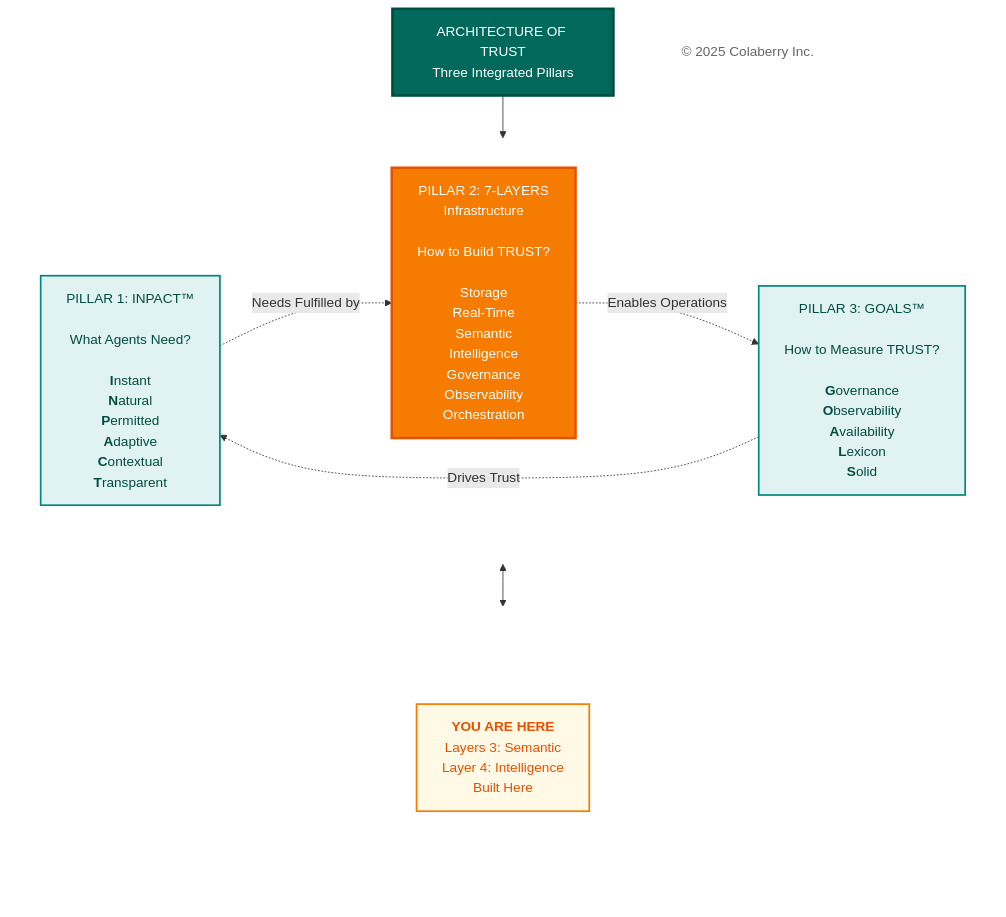
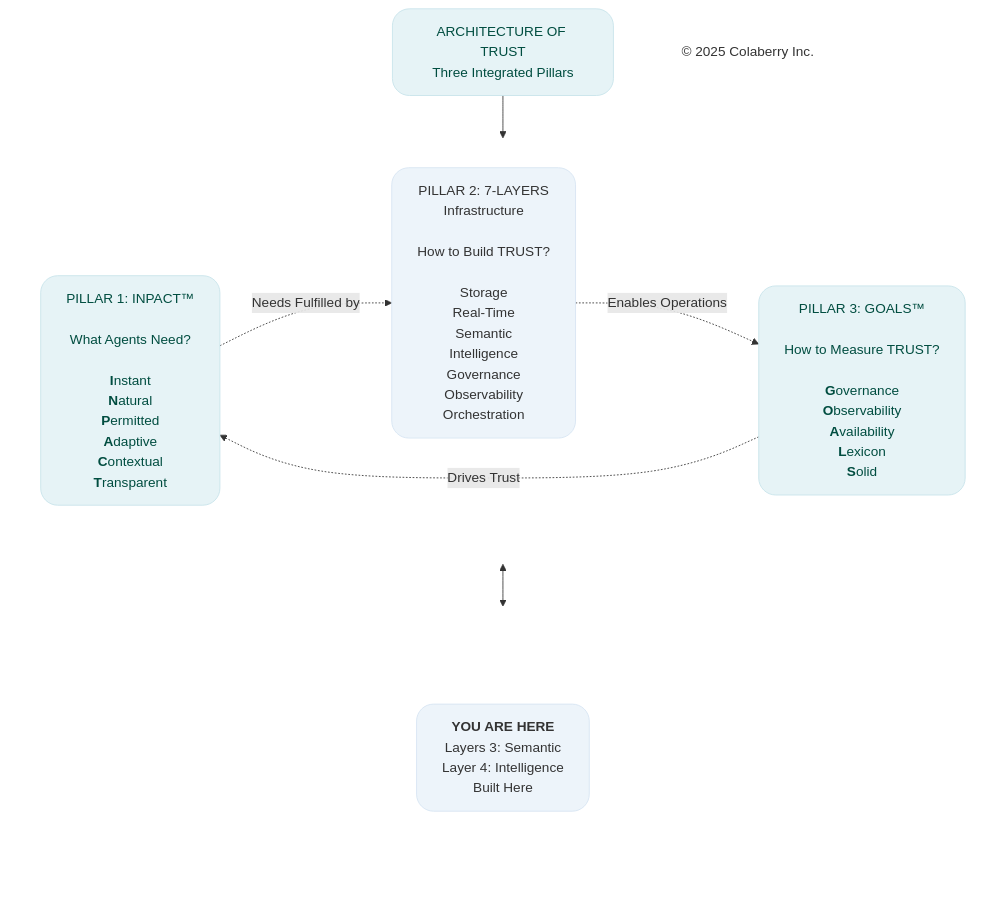
The second of 13 diagrams in manuscript/06_chapter_5_intelligence_layers.md (saitejesh-cyber/trust-before-intelligence-book), drawn with Mermaid before and after one commit. The commit also changed other lines of this file and 7 other files, not shown here.

Commit message:
Chapter 6to13: Updated mermaid diagrams based on new colaberry color code

````diff
--- a/manuscript/06_chapter_5_intelligence_layers.md
+++ b/manuscript/06_chapter_5_intelligence_layers.md
@@ -74,46 +74,46 @@
 ```mermaid
 
 
 graph TB
     Title["ARCHITECTURE OF TRUST<br/>Three Integrated Pillars"]
     
     subgraph PILLARS[" "]
         direction LR
         INPACT["`PILLAR 1: INPACT™<br/><br/>What Agents Need?<br/><br/>**I**nstant<br/>**N**atural<br/>**P**ermitted<br/>**A**daptive<br/>**C**ontextual<br/>**T**ransparent`"]
         
         Layers["PILLAR 2: 7-LAYERS<br/>Infrastructure<br/><br/>How to Build TRUST?<br/><br/>Storage<br/>Real-Time<br/>Semantic<br/>Intelligence<br/>Governance<br/>Observability<br/>Orchestration"]
         
         GOALS["`PILLAR 3: GOALS™<br/><br/>How to Measure TRUST?<br/><br/>**G**overnance<br/>**O**bservability<br/>**A**vailability<br/>**L**exicon<br/>**S**olid`"]
     end
     
     subgraph INDICATOR[" "]
         direction LR
         Spacer1[" "]
         YouAreHere["<b>YOU ARE HERE</b><br/>Layers 3: Semantic <br/> Layer 4: Intelligence<br/> Built Here"]
         Spacer2[" "]
     end
     
     Copyright["© 2025 Colaberry Inc."]
     
     Title --> PILLARS
     PILLARS <--> INDICATOR
     
     INPACT -.->|"Needs Fulfilled by"| Layers
     Layers -.->|"Enables Operations"| GOALS
     GOALS -.->|"Drives Trust"| INPACT
 
-    style Title fill:#00695c,color:#ffffff,stroke:#004d40,stroke-width:3px
+    style Title fill:#e6f3f6,stroke:#c7e3ea,stroke-width:1px,color:#004d40,rx:20,ry:20
     style PILLARS fill:none,stroke:none
     style INDICATOR fill:none,stroke:none
-    style INPACT fill:#e0f2f1,stroke:#00897b,stroke-width:2px,color:#004d40
-    style Layers fill:#f57c00,stroke:#e65100,stroke-width:3px,color:#ffffff
-    style GOALS fill:#e0f2f1,stroke:#00897b,stroke-width:2px,color:#004d40
+    style INPACT fill:#e6f3f6,stroke:#c7e3ea,stroke-width:1px,color:#004d40,rx:20,ry:20
+    style Layers fill:#edf4fa,stroke:#d6e4f2,stroke-width:1px,color:#333333,rx:20,ry:20
+    style GOALS fill:#e6f3f6,stroke:#c7e3ea,stroke-width:1px,color:#004d40,rx:20,ry:20
     style Spacer1 fill:none,stroke:none,color:transparent
-    style YouAreHere fill:#fff9e6,stroke:#f57c00,stroke-width:2px,color:#e65100
+    style YouAreHere fill:#edf4fa,stroke:#d6e4f2,stroke-width:1px,color:#333333,rx:20,ry:20
     style Spacer2 fill:none,stroke:none,color:transparent
-    style Copyright fill:#ffffff,stroke:none,color:#666666
+    style Copyright fill:none,stroke:none,color:#333333
 
 
 
 
 ```
````
